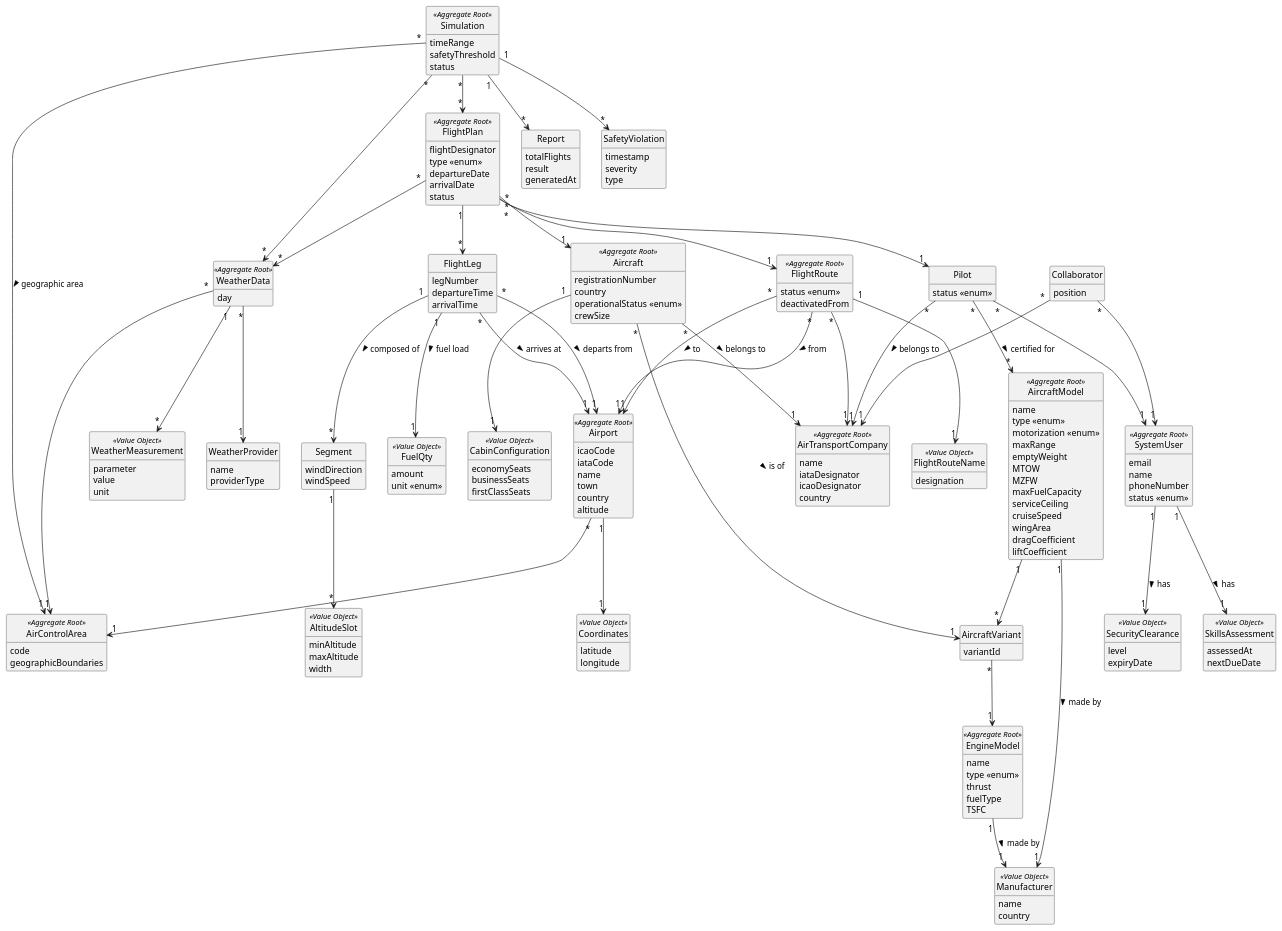
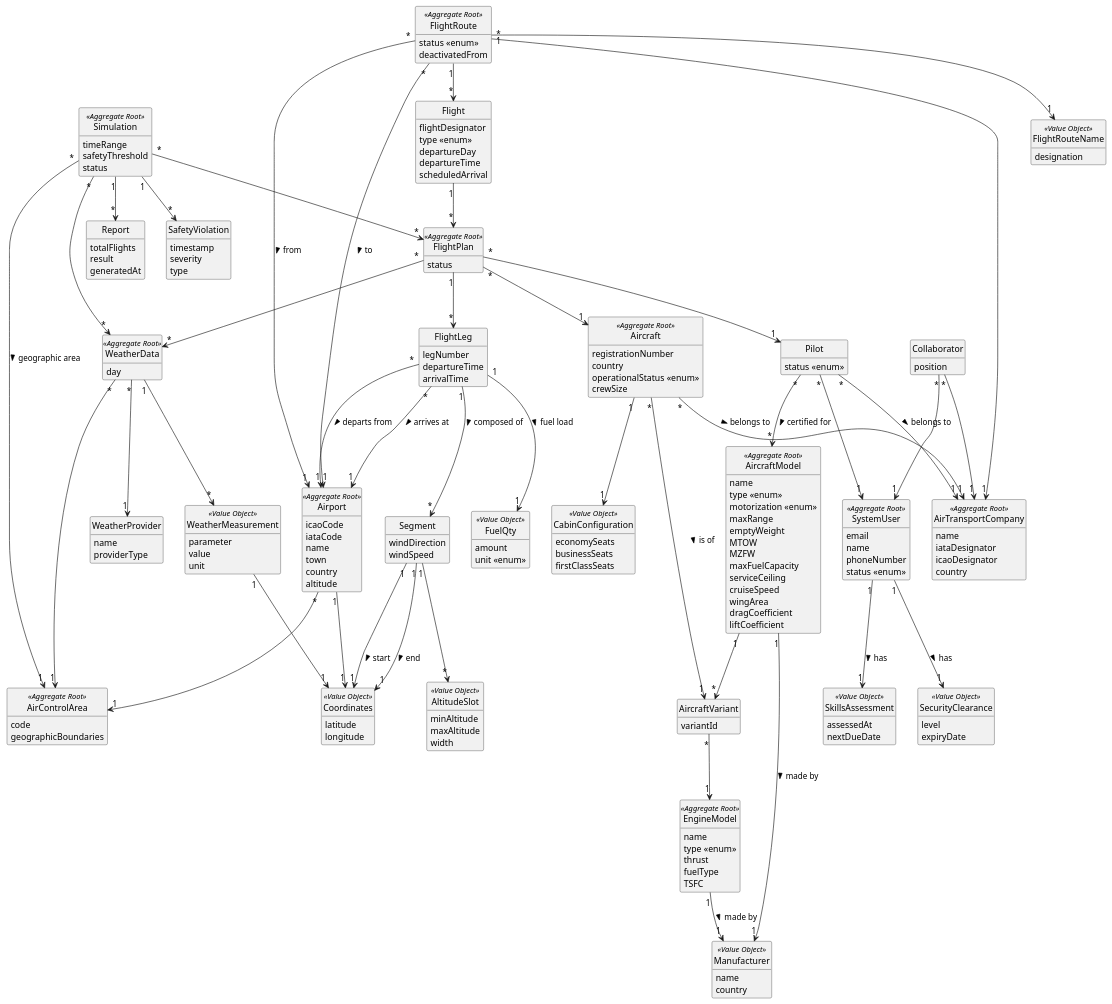
One commit to GustavoFerreira24/flight-management-platform changed the diagram in docs/global-artifacts/02.analysis/puml/DM.puml. Above: the diagram before and after it, drawn with PlantUML.

Commit message:
Refine domain model with updates to entities, attributes, and relationships for enhanced structure and new use cases [#14]

```diff
--- a/docs/global-artifacts/02.analysis/puml/DM.puml
+++ b/docs/global-artifacts/02.analysis/puml/DM.puml
@@ -16,11 +16,15 @@
     status
 }
 
-class FlightPlan <<Aggregate Root>> {
+class Flight {
     flightDesignator
     type <<enum>>
-    departureDate
-    arrivalDate
+    departureDay
+    departureTime
+    scheduledArrival
+}
+
+class FlightPlan <<Aggregate Root>> {
     status
 }
 
@@ -185,16 +189,27 @@
 Simulation "*" --> "*" WeatherData
 Simulation "*" --> "1" AirControlArea : geographic area >
 
+FlightRoute "1" --> "*" Flight
 FlightRoute "*" --> "1" Airport : from >
 FlightRoute "*" --> "1" Airport : to >
 FlightRoute "*" --> "1" AirTransportCompany
 FlightRoute "1" --> "1" FlightRouteName
 
-FlightPlan "*" --> "1" FlightRoute
+Flight "1" --> "*" FlightPlan
+
 FlightPlan "*" --> "1" Pilot
 FlightPlan "*" --> "1" Aircraft
 FlightPlan "1" --> "*" FlightLeg
 FlightPlan "*" --> "*" WeatherData
+
+FlightLeg "1" --> "1" FuelQty : fuel load >
+FlightLeg "*" --> "1" Airport : departs from >
+FlightLeg "*" --> "1" Airport : arrives at >
+FlightLeg "1" --> "*" Segment : composed of >
+
+Segment "1" --> "*" AltitudeSlot
+Segment "1" --> "1" Coordinates : start >
+Segment "1" --> "1" Coordinates : end >
 
 Airport "*" --> "1" AirControlArea
 Airport "1" --> "1" Coordinates
@@ -202,6 +217,7 @@
 WeatherData "*" --> "1" AirControlArea
 WeatherData "*" --> "1" WeatherProvider
 WeatherData "1" --> "*" WeatherMeasurement
+WeatherMeasurement "1" --> "1" Coordinates
 
 SystemUser "1" --> "1" SecurityClearance : has >
 SystemUser "1" --> "1" SkillsAssessment : has >
@@ -223,10 +239,4 @@
 Pilot "*" --> "1" AirTransportCompany : belongs to >
 Pilot "*" --> "*" AircraftModel : certified for >
 
-FlightLeg "1" --> "1" FuelQty : fuel load >
-FlightLeg "*" --> "1" Airport : departs from >
-FlightLeg "*" --> "1" Airport : arrives at >
-FlightLeg "1" --> "*" Segment : composed of >
-Segment "1" --> "*" AltitudeSlot
-
 @enduml
```
